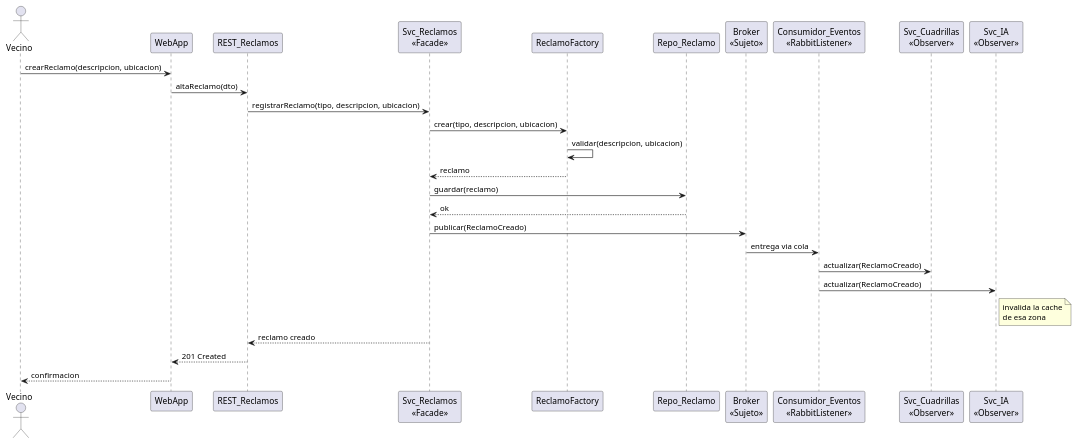
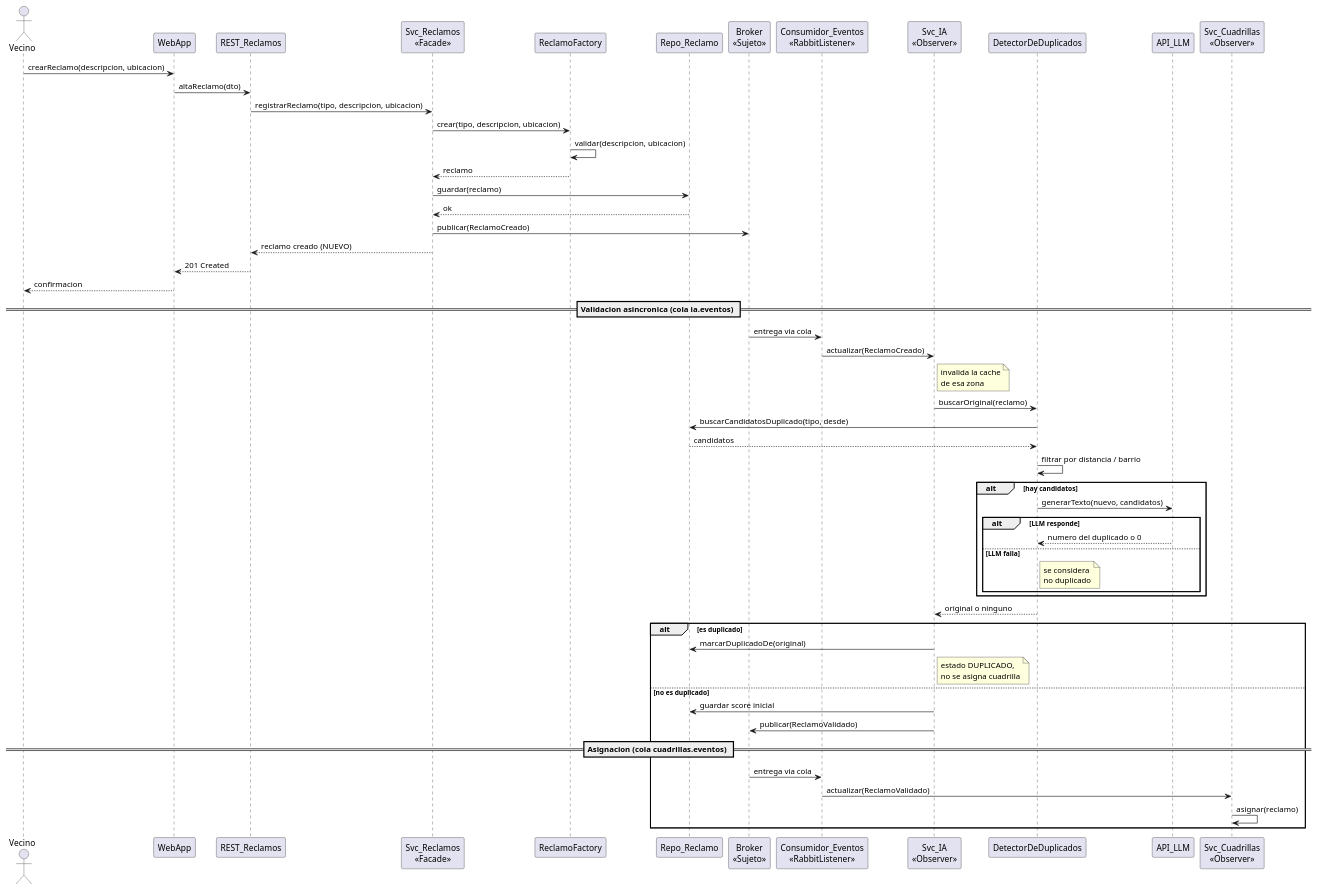
One commit to francolovera24/Backend-TicketeraMunicipal-DDA2 changed the diagram in docs/02_secuencia_reclamo_creado.puml. Above: the diagram before and after it, drawn with PlantUML. The commit also changed 19 other files, not shown here.

```diff
--- a/docs/02_secuencia_reclamo_creado.puml
+++ b/docs/02_secuencia_reclamo_creado.puml
@@ -1,33 +1,64 @@
 @startuml
 actor Vecino
 participant WebApp
 participant "REST_Reclamos" as REST
 participant "Svc_Reclamos\n<<Facade>>" as Svc
 participant "ReclamoFactory" as Factory
 participant "Repo_Reclamo" as Repo
 participant "Broker\n<<Sujeto>>" as Broker
 participant "Consumidor_Eventos\n<<RabbitListener>>" as Consumidor
+participant "Svc_IA\n<<Observer>>" as IA
+participant "DetectorDeDuplicados" as Detector
+participant "API_LLM" as LLM
 participant "Svc_Cuadrillas\n<<Observer>>" as Cuadrillas
-participant "Svc_IA\n<<Observer>>" as IA
 
 Vecino -> WebApp : crearReclamo(descripcion, ubicacion)
 WebApp -> REST : altaReclamo(dto)
 REST -> Svc : registrarReclamo(tipo, descripcion, ubicacion)
 
 Svc -> Factory : crear(tipo, descripcion, ubicacion)
 Factory -> Factory : validar(descripcion, ubicacion)
 Factory --> Svc : reclamo
 
 Svc -> Repo : guardar(reclamo)
 Repo --> Svc : ok
 
 Svc -> Broker : publicar(ReclamoCreado)
+Svc --> REST : reclamo creado (NUEVO)
+REST --> WebApp : 201 Created
+WebApp --> Vecino : confirmacion
+
+== Validacion asincronica (cola ia.eventos) ==
+
 Broker -> Consumidor : entrega via cola
-Consumidor -> Cuadrillas : actualizar(ReclamoCreado)
 Consumidor -> IA : actualizar(ReclamoCreado)
 note right of IA : invalida la cache\nde esa zona
+IA -> Detector : buscarOriginal(reclamo)
+Detector -> Repo : buscarCandidatosDuplicado(tipo, desde)
+Repo --> Detector : candidatos
+Detector -> Detector : filtrar por distancia / barrio
 
-Svc --> REST : reclamo creado
-REST --> WebApp : 201 Created
-WebApp --> Vecino : confirmacion
+alt hay candidatos
+    Detector -> LLM : generarTexto(nuevo, candidatos)
+    alt LLM responde
+        LLM --> Detector : numero del duplicado o 0
+    else LLM falla
+        note right of Detector : se considera\nno duplicado
+    end
+end
+Detector --> IA : original o ninguno
+
+alt es duplicado
+    IA -> Repo : marcarDuplicadoDe(original)
+    note right of IA : estado DUPLICADO,\nno se asigna cuadrilla
+else no es duplicado
+    IA -> Repo : guardar score inicial
+    IA -> Broker : publicar(ReclamoValidado)
+
+    == Asignacion (cola cuadrillas.eventos) ==
+
+    Broker -> Consumidor : entrega via cola
+    Consumidor -> Cuadrillas : actualizar(ReclamoValidado)
+    Cuadrillas -> Cuadrillas : asignar(reclamo)
+end
 @enduml
```
